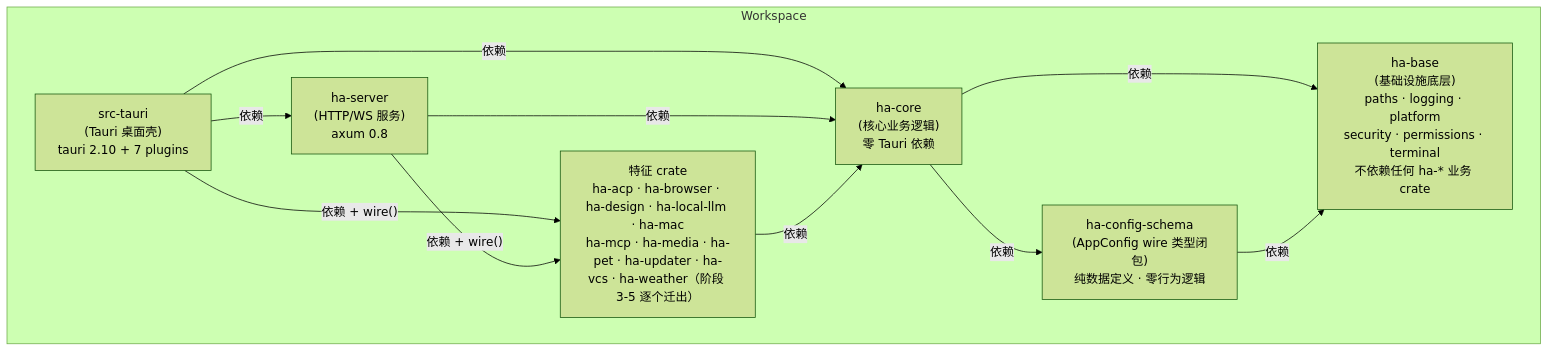
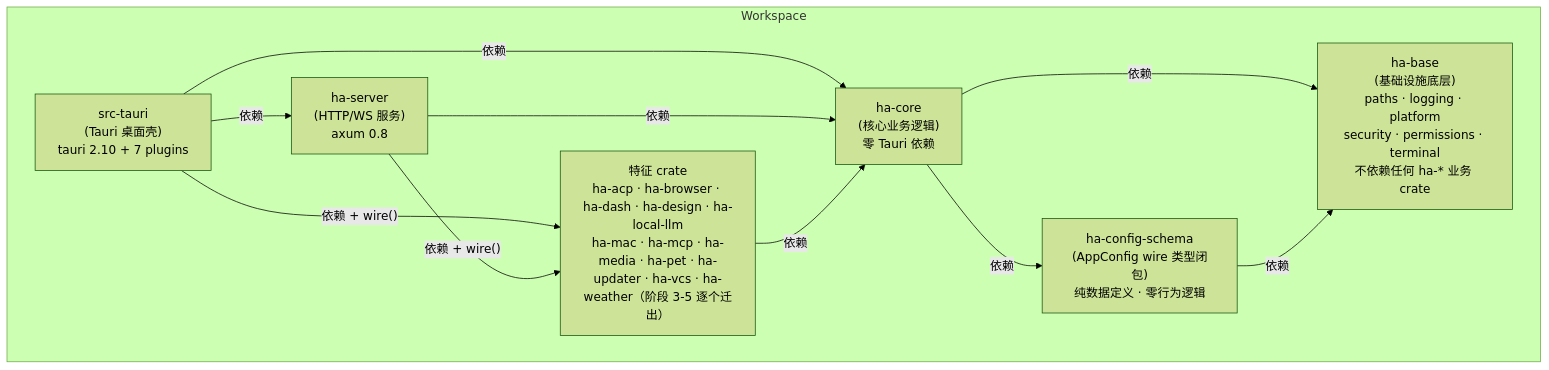
One commit to shiwenwen/hope-agent changed the first of 6 diagrams in docs/architecture/backend-separation.md. Above: the diagram before and after it, drawn with Mermaid (forest theme). The commit also changed other lines of this file and 67 other files, not shown here.

````diff
--- a/docs/architecture/backend-separation.md
+++ b/docs/architecture/backend-separation.md
@@ -15,22 +15,22 @@
 ```mermaid
 graph TD
     subgraph Workspace
         HA_TAURI["src-tauri<br/>(Tauri 桌面壳)<br/>tauri 2.10 + 7 plugins"]
         HA_SERVER["ha-server<br/>(HTTP/WS 服务)<br/>axum 0.8"]
-        HA_FEAT["特征 crate<br/>ha-acp · ha-browser · ha-design · ha-local-llm · ha-mac<br/>ha-mcp · ha-media · ha-pet · ha-updater · ha-vcs · ha-weather（阶段 3-5 逐个迁出）"]
+        HA_FEAT["特征 crate<br/>ha-acp · ha-browser · ha-dash · ha-design · ha-local-llm<br/>ha-mac · ha-mcp · ha-media · ha-pet · ha-updater · ha-vcs · ha-weather（阶段 3-5 逐个迁出）"]
         HA_CORE["ha-core<br/>(核心业务逻辑)<br/>零 Tauri 依赖"]
         HA_SCHEMA["ha-config-schema<br/>(AppConfig wire 类型闭包)<br/>纯数据定义 · 零行为逻辑"]
         HA_BASE["ha-base<br/>(基础设施底层)<br/>paths · logging · platform<br/>security · permissions · terminal<br/>不依赖任何 ha-* 业务 crate"]
     end
 
     HA_TAURI -->|"依赖"| HA_SERVER
     HA_TAURI -->|"依赖 + wire()"| HA_FEAT
     HA_TAURI -->|"依赖"| HA_CORE
     HA_SERVER -->|"依赖 + wire()"| HA_FEAT
     HA_SERVER -->|"依赖"| HA_CORE
     HA_FEAT -->|"依赖"| HA_CORE
     HA_CORE -->|"依赖"| HA_SCHEMA
     HA_CORE -->|"依赖"| HA_BASE
     HA_SCHEMA -->|"依赖"| HA_BASE
 
 ```
````
